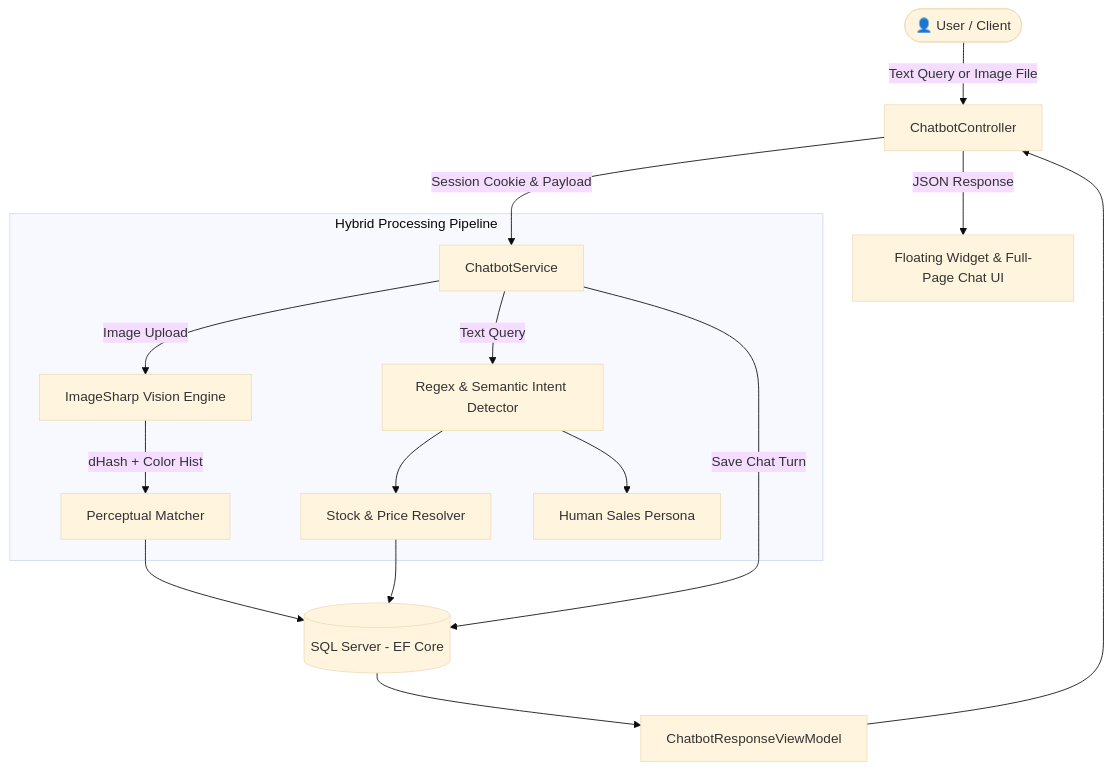
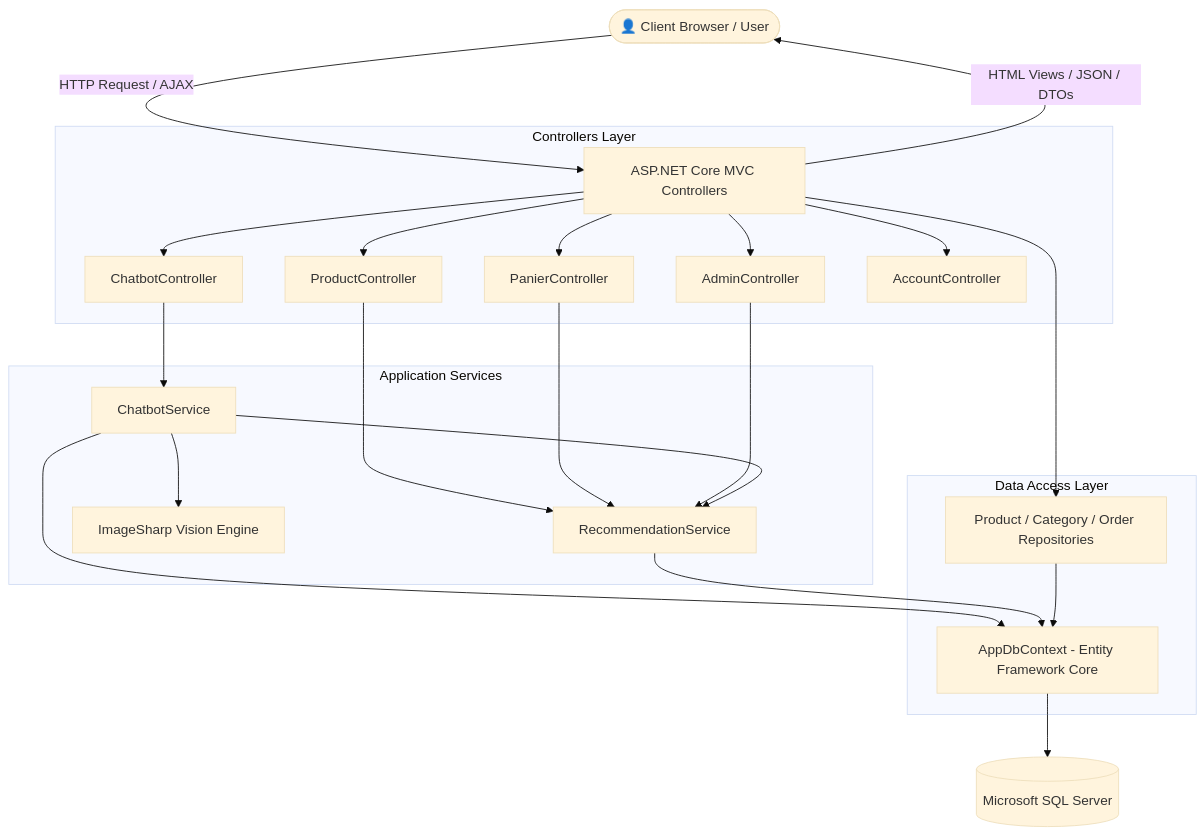
One commit to ranimkoubaa/intelligent-ecommerce-platform changed the first of 2 diagrams in README.md. Above: the diagram before and after it, drawn with Mermaid (base theme). The commit also changed other lines of this file and 3 other files, not shown here.

Commit message:
docs: improve repository presentation for PFE portfolio and add architecture documentation

````diff
--- a/README.md
+++ b/README.md
@@ -40,22 +72,32 @@
 ```mermaid
 graph TD
-    User([👤 User / Client]) -->|Text Query or Image File| Controller[ChatbotController]
-    Controller -->|Session Cookie & Payload| Service[ChatbotService]
+    Client([👤 Client Browser / User]) -->|HTTP Request / AJAX| Controllers[ASP.NET Core MVC Controllers]
     
-    subgraph "Hybrid Processing Pipeline"
-        Service -->|Image Upload| Vision[ImageSharp Vision Engine]
-        Vision -->|dHash + Color Hist| Matcher[Perceptual Matcher]
-        
-        Service -->|Text Query| NLP[Regex & Semantic Intent Detector]
-        NLP --> StockCheck[Stock & Price Resolver]
-        NLP --> Fallback[Human Sales Persona]
+    subgraph "Controllers Layer"
+        Controllers --> ProductCtrl[ProductController]
+        Controllers --> ChatbotCtrl[ChatbotController]
+        Controllers --> PanierCtrl[PanierController]
+        Controllers --> AdminCtrl[AdminController]
+        Controllers --> AccountCtrl[AccountController]
     end
+
+    subgraph "Application Services"
+        ChatbotCtrl --> ChatService[ChatbotService]
+        ProductCtrl --> RecService[RecommendationService]
+        PanierCtrl --> RecService
+        AdminCtrl --> RecService
+        ChatService --> RecService
+        ChatService --> VisionEngine[ImageSharp Vision Engine]
+    end
+
+    subgraph "Data Access Layer"
+        Controllers --> Repositories[Product / Category / Order Repositories]
+        ChatService --> DbContext[AppDbContext - Entity Framework Core]
+        RecService --> DbContext
+        Repositories --> DbContext
+    end
+
+    DbContext --> Database[(Microsoft SQL Server)]
     
-    Matcher --> DB[(SQL Server - EF Core)]
-    StockCheck --> DB
-    Service -->|Save Chat Turn| DB
-    
-    DB --> Output[ChatbotResponseViewModel]
-    Output --> Controller
-    Controller -->|JSON Response| UI[Floating Widget & Full-Page Chat UI]
+    Controllers -->|HTML Views / JSON / DTOs| Client
 ```
````
